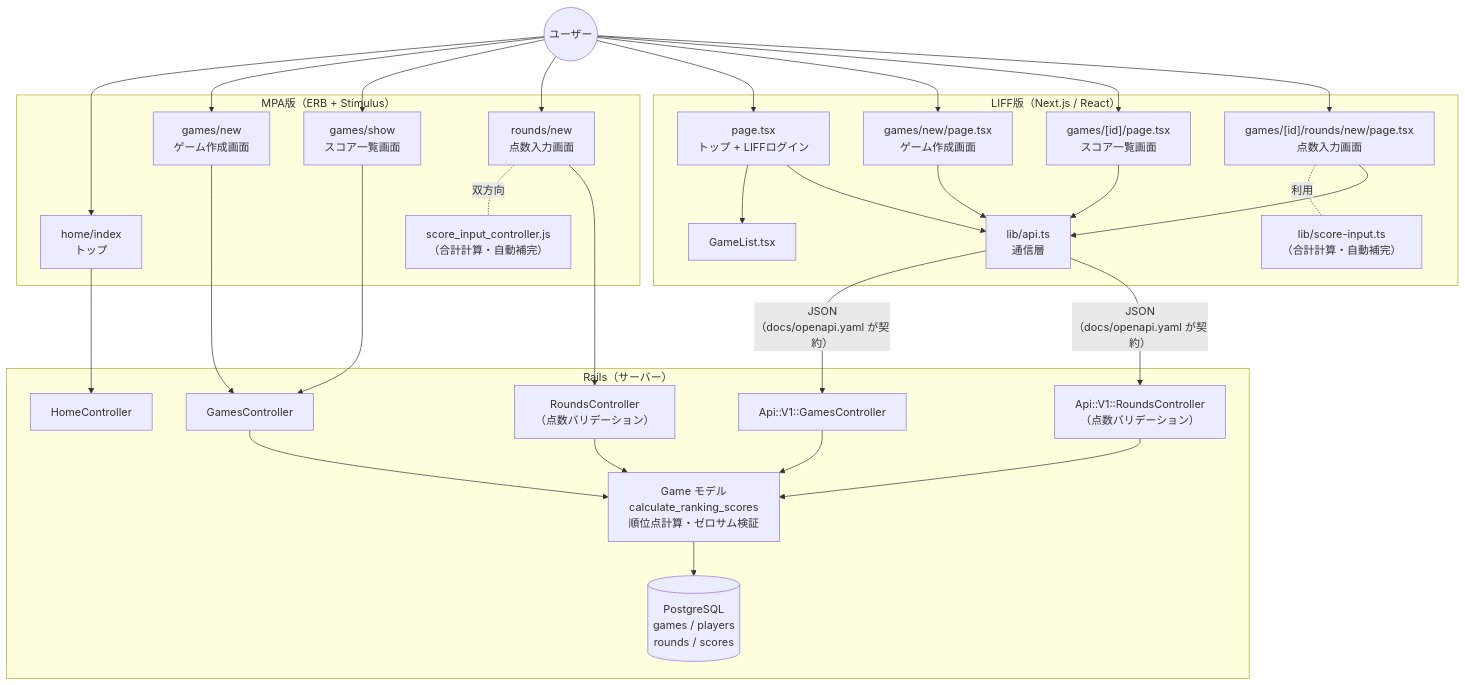
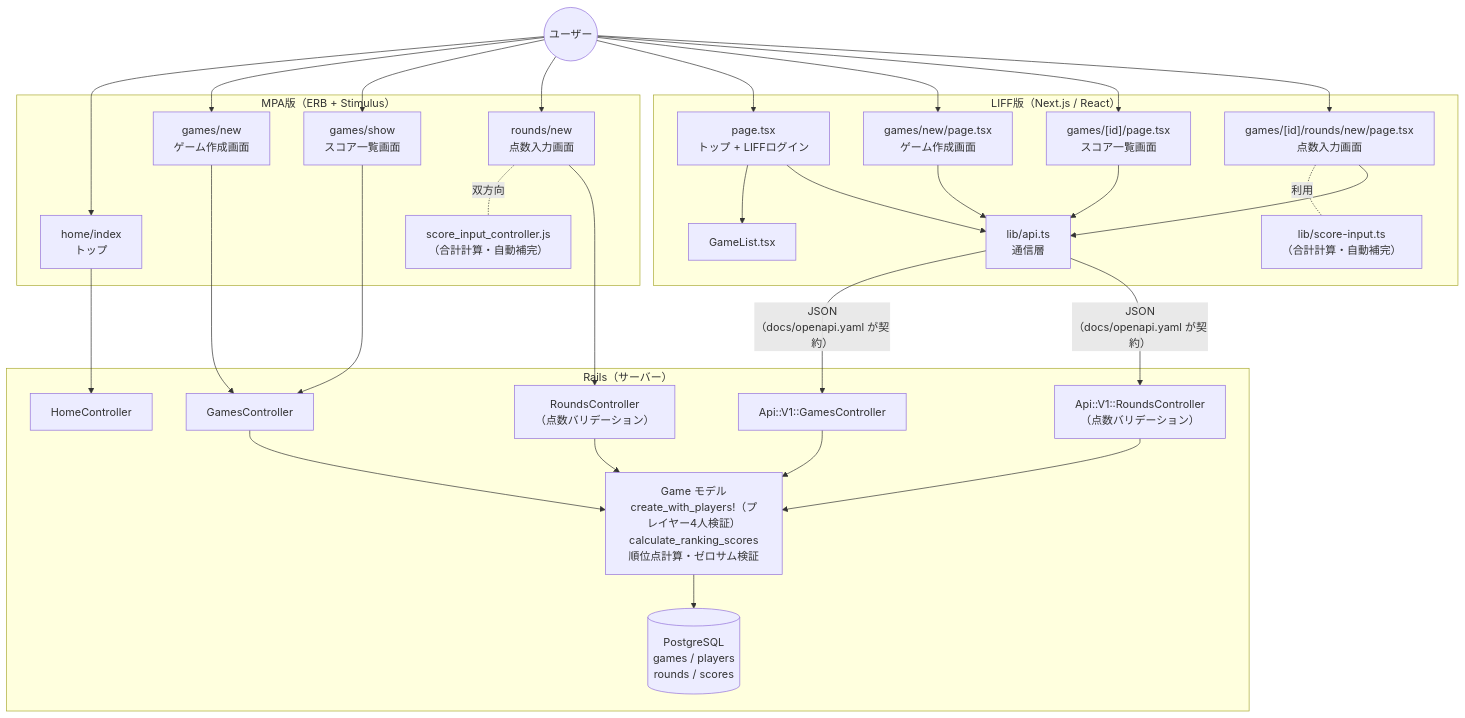
One commit to tsukamotohiroaki/mahjong_score changed the first of 2 diagrams in docs/architecture.md. Above: the diagram before and after it, drawn with Mermaid. The commit also changed other lines of this file and 7 other files, not shown here.

````diff
--- a/docs/architecture.md
+++ b/docs/architecture.md
@@ -14,47 +14,47 @@
 ```mermaid
 flowchart TB
     user(("ユーザー"))
 
     subgraph MPA["MPA版（ERB + Stimulus）"]
         home["home/index<br>トップ"]
         gnew["games/new<br>ゲーム作成画面"]
         gshow["games/show<br>スコア一覧画面"]
         rnew["rounds/new<br>点数入力画面"]
         stim["score_input_controller.js<br>（合計計算・自動補完）"]
         rnew -.双方向.- stim
     end
 
     subgraph LIFF["LIFF版（Next.js / React）"]
         lpage["page.tsx<br>トップ + LIFFログイン"]
         glist["GameList.tsx"]
         lnew["games/new/page.tsx<br>ゲーム作成画面"]
         lshow["games/[id]/page.tsx<br>スコア一覧画面"]
         lrnew["games/[id]/rounds/new/page.tsx<br>点数入力画面"]
         sinput["lib/score-input.ts<br>（合計計算・自動補完）"]
         apits["lib/api.ts<br>通信層"]
         lpage --> glist
         lrnew -.利用.- sinput
         lpage & lnew & lshow & lrnew --> apits
     end
 
     subgraph Rails["Rails（サーバー）"]
         hc["HomeController"]
         gc["GamesController"]
         rc["RoundsController<br>（点数バリデーション）"]
         agc["Api::V1::GamesController"]
         arc["Api::V1::RoundsController<br>（点数バリデーション）"]
-        model["Game モデル<br>calculate_ranking_scores<br>順位点計算・ゼロサム検証"]
+        model["Game モデル<br>create_with_players!（プレイヤー4人検証）<br>calculate_ranking_scores<br>順位点計算・ゼロサム検証"]
         db[("PostgreSQL<br>games / players<br>rounds / scores")]
     end
 
     user --> home & gnew & gshow & rnew
     user --> lpage & lnew & lshow & lrnew
 
     home --> hc
     gnew & gshow --> gc
     rnew --> rc
     apits -- "JSON<br>（docs/openapi.yaml が契約）" --> agc & arc
 
     gc & rc & agc & arc --> model
     model --> db
 ```
````
